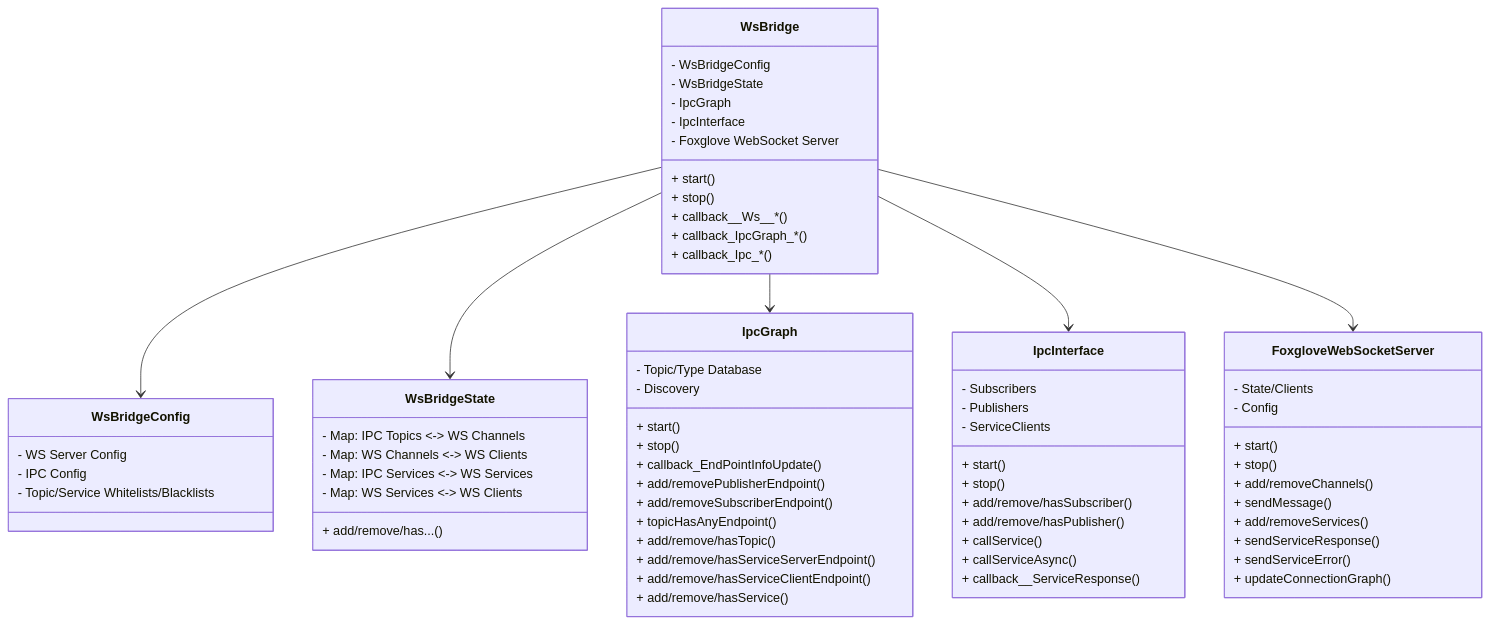
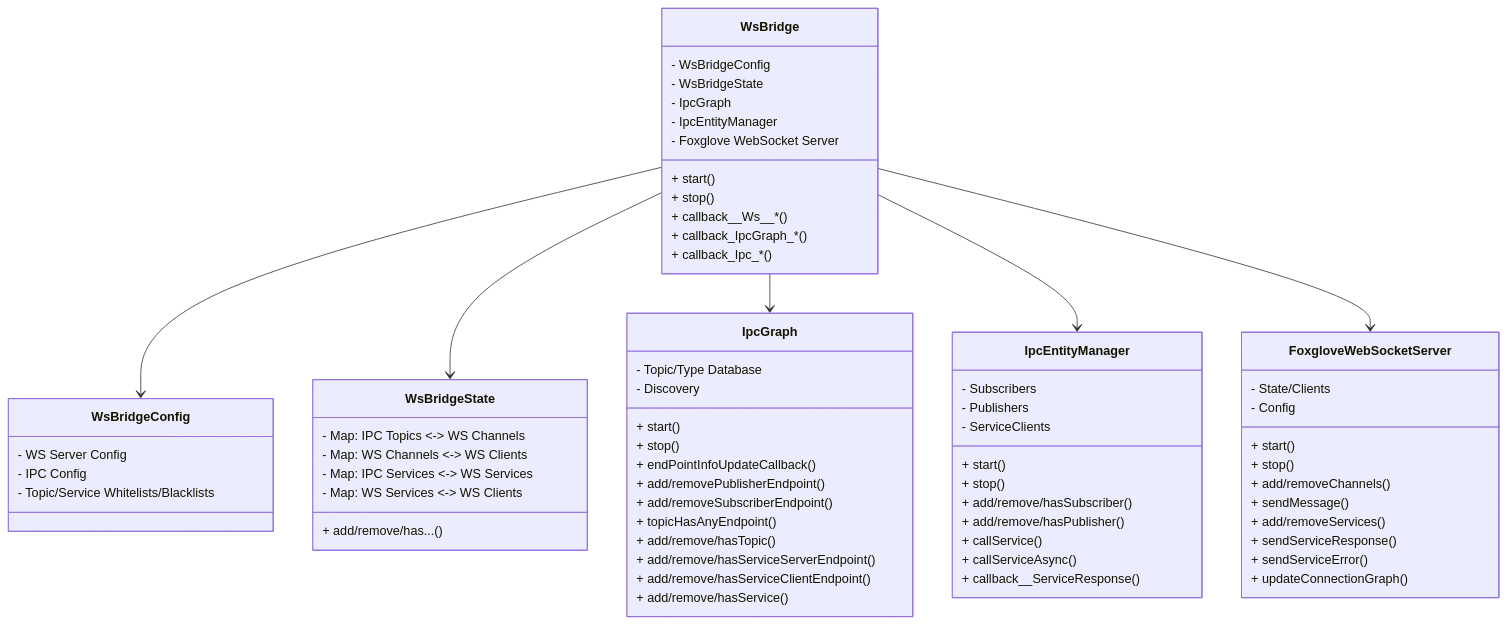
Before and after one commit to olympus-robotics/hephaestus: the diagram in modules/websocket_bridge/README.md, drawn with Mermaid. The commit also changed other lines of this file and 30 other files, not shown here.

````diff
--- a/modules/websocket_bridge/README.md
+++ b/modules/websocket_bridge/README.md
@@ -31,7 +32,7 @@
     - WsBridgeConfig
     - WsBridgeState
     - IpcGraph
-    - IpcInterface
+    - IpcEntityManager
 
     - Foxglove WebSocket Server
     
@@ -65,7 +66,7 @@
     + start()
     + stop()
 
-    + callback_EndPointInfoUpdate()
+    + endPointInfoUpdateCallback()
 
     + add/removePublisherEndpoint()
     + add/removeSubscriberEndpoint()
@@ -77,7 +78,7 @@
     + add/remove/hasService()
 }
 
-class IpcInterface {
+class IpcEntityManager {
     - Subscribers
     - Publishers
     - ServiceClients
@@ -114,6 +115,6 @@
 WsBridge --> WsBridgeConfig
 WsBridge --> WsBridgeState
 WsBridge --> IpcGraph
-WsBridge --> IpcInterface
+WsBridge --> IpcEntityManager
 WsBridge --> Foxglove WebSocket Server
 ```
````
